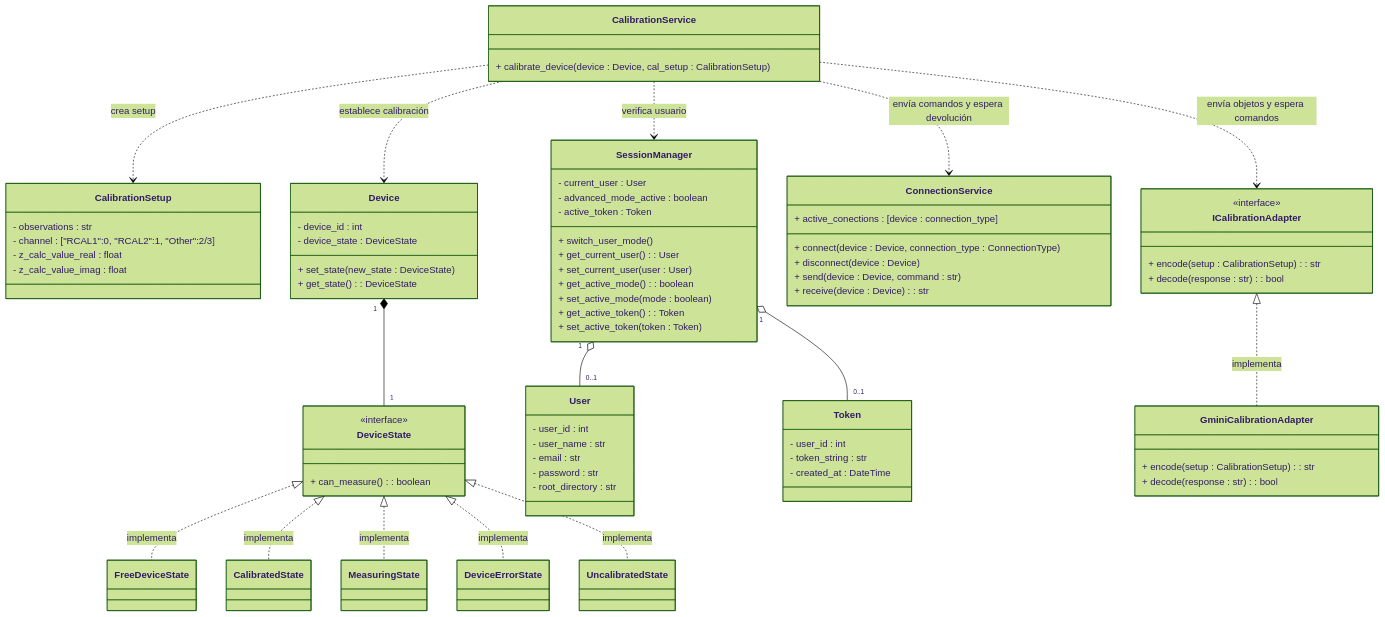
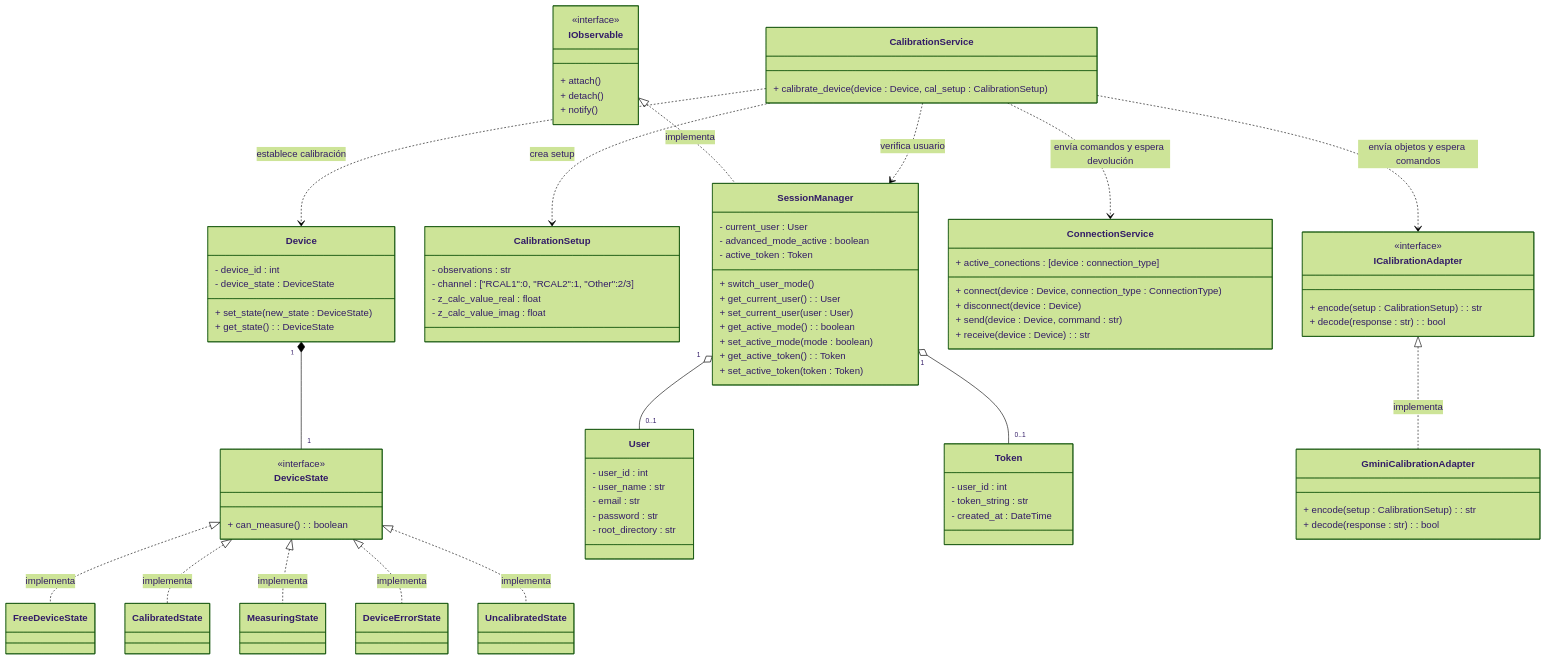
Before and after one commit to alegrelias/Repo-GMini: the fourth of 7 diagrams in Gmini-MarkDown/Diagramas/Diagramas de Clases.md, drawn with Mermaid (forest theme). The commit also changed other lines of this file, not shown here.

```diff
--- a/Gmini-MarkDown/Diagramas/Diagramas de Clases.md
+++ b/Gmini-MarkDown/Diagramas/Diagramas de Clases.md
@@ -821,8 +822,16 @@
 DeviceState <|.. MeasuringState : implementa
 DeviceState <|.. DeviceErrorState : implementa
 DeviceState <|.. UncalibratedState : implementa
+IObservable <|.. SessionManager : implementa
 
 %% clases
+class IObservable{
+	<<interface>>
+	+ attach()
+	+ detach()
+	+ notify()
+}
+
 class User {
 	- user_id : int
 	- user_name : str
```
